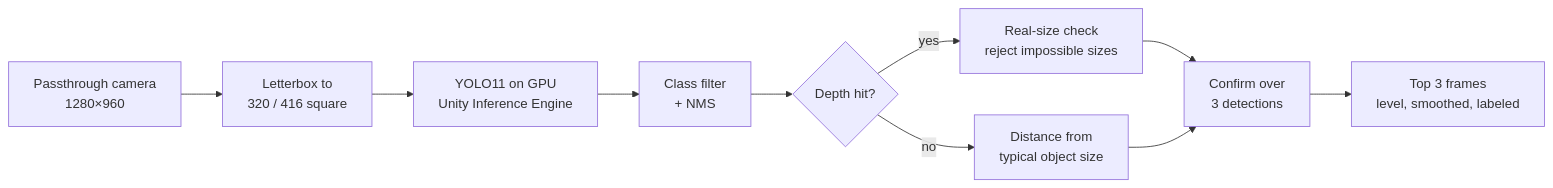
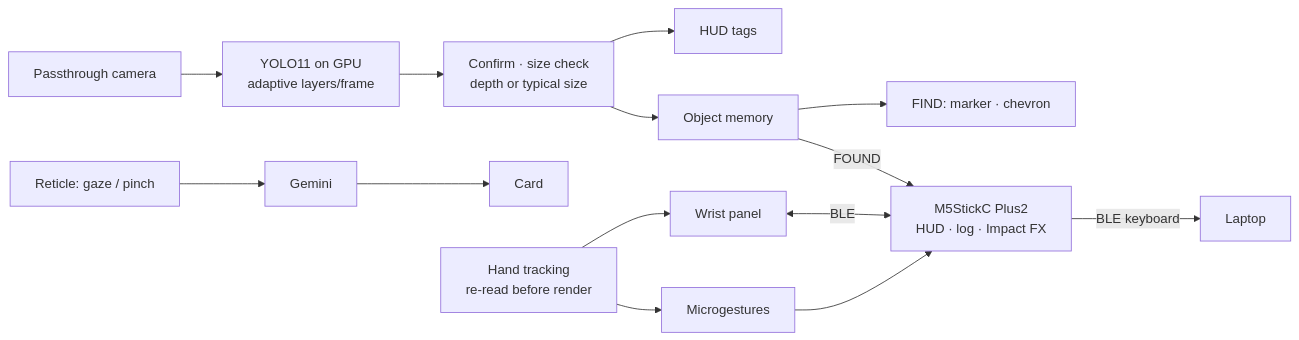
Before and after one commit to Skerpsh/New-Vision: the diagram in README.md, drawn with Mermaid. The commit also changed other lines of this file and 27 other files, not shown here.

First line of the commit message:
README in the cyberdeck look, stick firmware, codebase graph

````diff
--- a/README.md
+++ b/README.md
@@ -60,12 +186,15 @@
 ```mermaid
 flowchart LR
-    A[Passthrough camera<br/>1280×960] --> B[Letterbox to<br/>320 / 416 square]
-    B --> C[YOLO11 on GPU<br/>Unity Inference Engine]
-    C --> D[Class filter<br/>+ NMS]
-    D --> E{Depth hit?}
-    E -- yes --> F[Real-size check<br/>reject impossible sizes]
-    E -- no --> G[Distance from<br/>typical object size]
-    F --> H[Confirm over<br/>3 detections]
-    G --> H
-    H --> I[Top 3 frames<br/>level, smoothed, labeled]
+    CAM[Passthrough camera] --> YOLO[YOLO11 on GPU<br/>adaptive layers/frame]
+    YOLO --> BOX[Confirm · size check<br/>depth or typical size]
+    BOX --> TAGS[HUD tags]
+    BOX --> MEM[Object memory]
+    MEM --> FIND[FIND: marker · chevron]
+    RET[Reticle: gaze / pinch] --> GEM[Gemini] --> CARD[Card]
+    HANDS[Hand tracking<br/>re-read before render] --> PANEL[Wrist panel]
+    HANDS --> MG[Microgestures]
+    PANEL <-->|BLE| STICK[M5StickC Plus2<br/>HUD · log · Impact FX]
+    MG --> STICK
+    MEM -- FOUND --> STICK
+    STICK -- BLE keyboard --> LAPTOP[Laptop]
 ```
````
